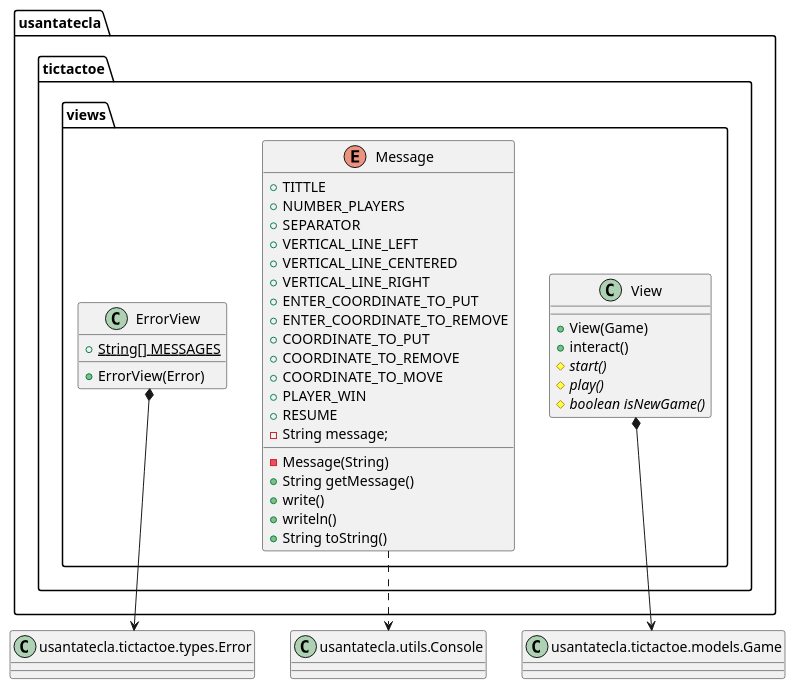
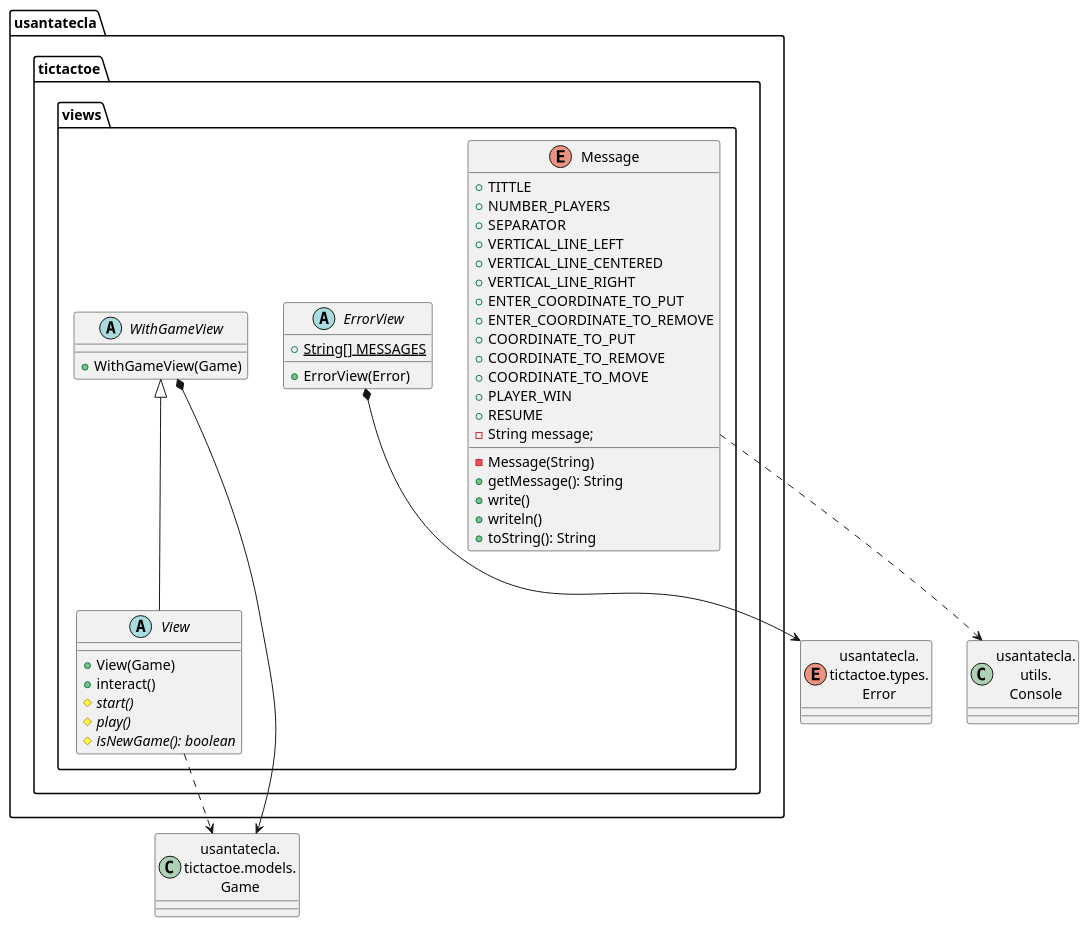
The second of 7 diagrams in documentView/withFactoryMethod/docs/diagrams/src/paquetes.plantuml (Jolucaa/USantaTecla-project-ticTacToe), drawn with PlantUML before and after one commit. The commit also changed other lines of this file and 111 other files, not shown here.

Commit message:
[dv] Added types package + refactored diagrams

```diff
--- a/documentView/withFactoryMethod/docs/diagrams/src/paquetes.plantuml
+++ b/documentView/withFactoryMethod/docs/diagrams/src/paquetes.plantuml
@@ -39,51 +33,51 @@
 @startuml tictactoe.views
-class usantatecla.tictactoe.views.ErrorView {
+class Game as "usantatecla.\ntictactoe.models.\nGame"
+class Console as "usantatecla.\nutils.\nConsole"
+enum Error as "usantatecla.\ntictactoe.types.\nError"
 
+abstract class usantatecla.tictactoe.views.WithGameView {
+	+ WithGameView(Game)
+}
+usantatecla.tictactoe.views.WithGameView *-down-> Game
+
+abstract class usantatecla.tictactoe.views.ErrorView {
 	+ {static} String[] MESSAGES
-
 	+ ErrorView(Error)
-
 }
+usantatecla.tictactoe.views.ErrorView *-down-> Error
 
 enum usantatecla.tictactoe.views.Message {
-    + TITTLE
+	+ TITTLE
 	+ NUMBER_PLAYERS
 	+ SEPARATOR
 	+ VERTICAL_LINE_LEFT
 	+ VERTICAL_LINE_CENTERED
 	+ VERTICAL_LINE_RIGHT
 	+ ENTER_COORDINATE_TO_PUT
 	+ ENTER_COORDINATE_TO_REMOVE
 	+ COORDINATE_TO_PUT
 	+ COORDINATE_TO_REMOVE
 	+ COORDINATE_TO_MOVE
 	+ PLAYER_WIN
 	+ RESUME
 	- String message;
 
 	- Message(String)
-	+ String getMessage()
+	+ getMessage(): String
 	+ write()
 	+ writeln()
-	+ String toString()
+	+ toString(): String
+}
+usantatecla.tictactoe.views.Message .down.> Console
 
-}
-
-class usantatecla.tictactoe.views.View {
-
+abstract class usantatecla.tictactoe.views.View {
 	+ View(Game)
 	+ interact()
 	# {abstract} start()
 	# {abstract} play()
-	# {abstract} boolean isNewGame()
+	# {abstract} isNewGame(): boolean
+}
+usantatecla.tictactoe.views.View -up-|> usantatecla.tictactoe.views.WithGameView
+usantatecla.tictactoe.views.View .down.> Game
 
-}
-
-class Game as "usantatecla.tictactoe.models.Game"
-class Console as "usantatecla.utils.Console"
-class Error as "usantatecla.tictactoe.types.Error"
-
-usantatecla.tictactoe.views.ErrorView *-down-> Error
-usantatecla.tictactoe.views.View *-down-> Game
-usantatecla.tictactoe.views.Message .down.> Console
 @enduml
```
